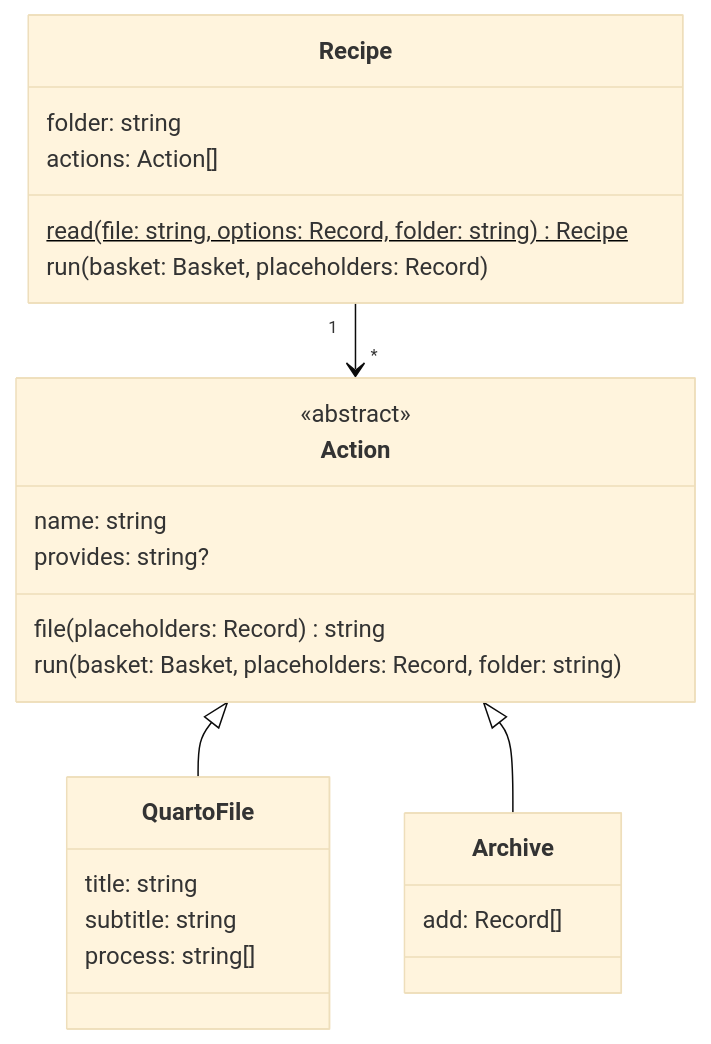
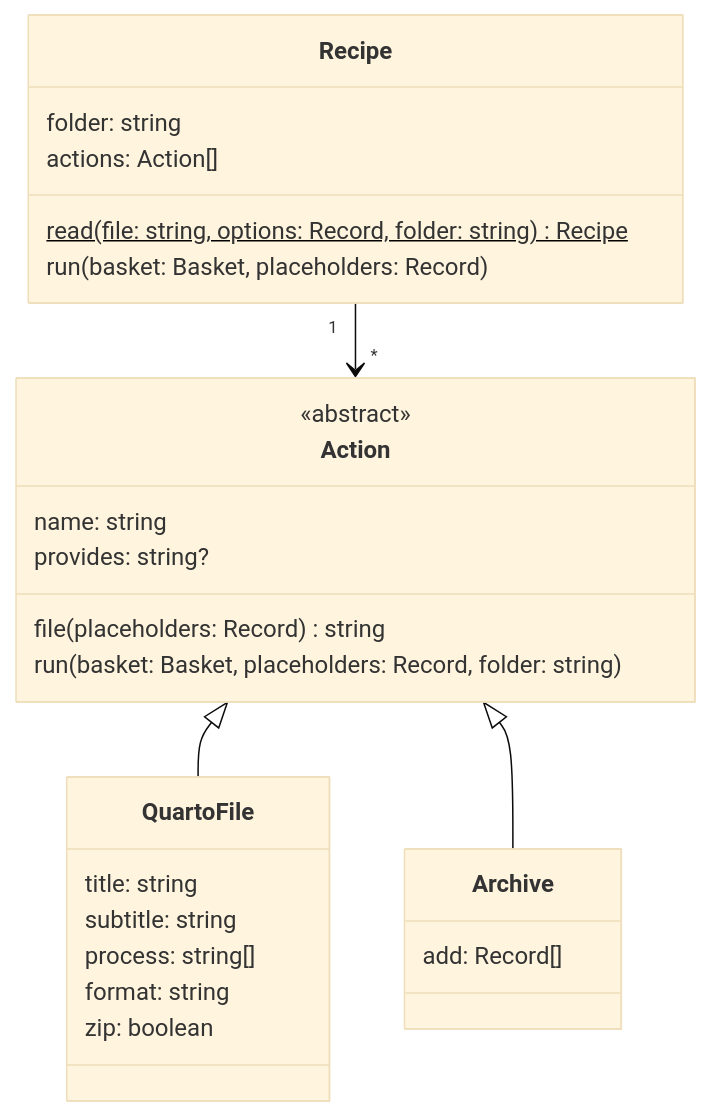
One commit to matthiasbaitsch/quarto-loi-moi changed the fifth of 5 diagrams in DESIGN.md. Above: the diagram before and after it, drawn with Mermaid (base theme). The commit also changed other lines of this file and 20 other files, not shown here.

First line of the commit message:
Simpler exercise rules; format and zip as settings of QuartoFile

````diff
--- a/DESIGN.md
+++ b/DESIGN.md
@@ -220,28 +217,30 @@
 ```mermaid
 classDiagram
   direction TD
   Recipe "1" --> "*" Action
   Action <|-- QuartoFile
   Action <|-- Archive
   class Recipe {
     folder: string
     actions: Action[]
     read(file: string, options: Record, folder: string)$ Recipe
     run(basket: Basket, placeholders: Record)
   }
   class Action {
     <<abstract>>
     name: string
     provides: string?
     file(placeholders: Record) string
     run(basket: Basket, placeholders: Record, folder: string)
   }
   class QuartoFile {
     title: string
     subtitle: string
     process: string[]
+    format: string
+    zip: boolean
   }
   class Archive {
     add: Record[]
   }
 ```
````
